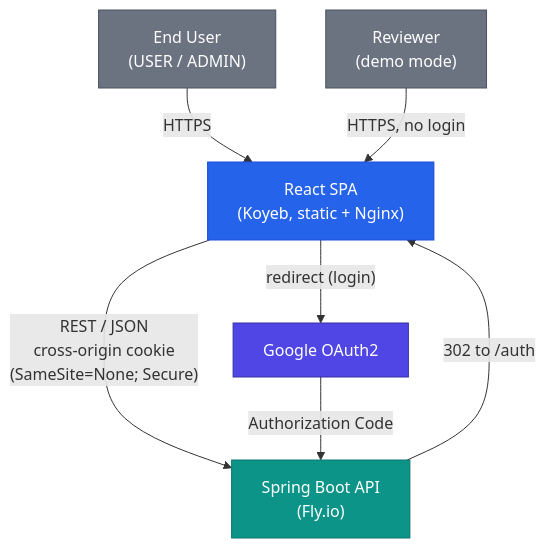
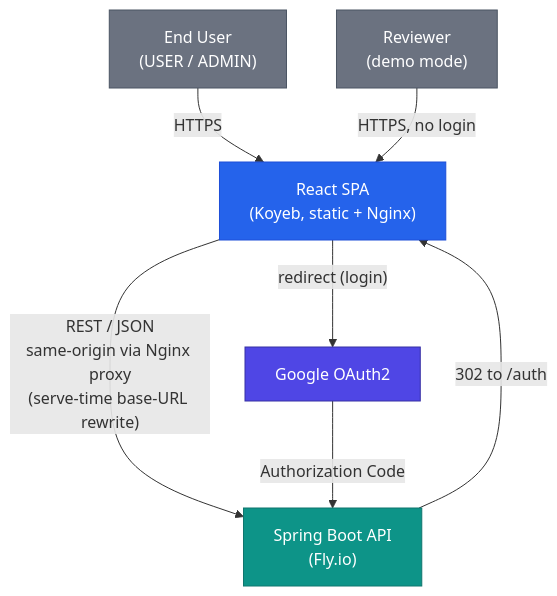
The diagram in docs/frontend/architecture/03-context.md (Keglev/inventory-service), drawn with Mermaid before and after one commit. The commit also changed other lines of this file and 5 other files, not shown here.

````diff
--- a/docs/frontend/architecture/03-context.md
+++ b/docs/frontend/architecture/03-context.md
@@ -22,20 +22,20 @@
 ```mermaid
 graph TB
     User["End User\n(USER / ADMIN)"]:::actor
     Reviewer["Reviewer\n(demo mode)"]:::actor
     SPA["React SPA\n(Koyeb, static + Nginx)"]:::controller
     Backend["Spring Boot API\n(Fly.io)"]:::service
     OAuth["Google OAuth2"]:::external
 
     User     -->|"HTTPS"| SPA
     Reviewer -->|"HTTPS, no login"| SPA
-    SPA      -->|"REST / JSON\ncross-origin cookie\n(SameSite=None; Secure)"| Backend
+    SPA      -->|"REST / JSON\nsame-origin via Nginx proxy\n(serve-time base-URL rewrite)"| Backend
     SPA      -->|"redirect (login)"| OAuth
     OAuth    -->|"Authorization Code"| Backend
     Backend  -->|"302 to /auth"| SPA
 
     classDef actor      fill:#6b7280,color:#fff,stroke:#4b5563;
     classDef controller fill:#2563eb,color:#fff,stroke:#1d4ed8;
     classDef service    fill:#0d9488,color:#fff,stroke:#0f766e;
     classDef external   fill:#4f46e5,color:#fff,stroke:#3730a3;
 ```
````
